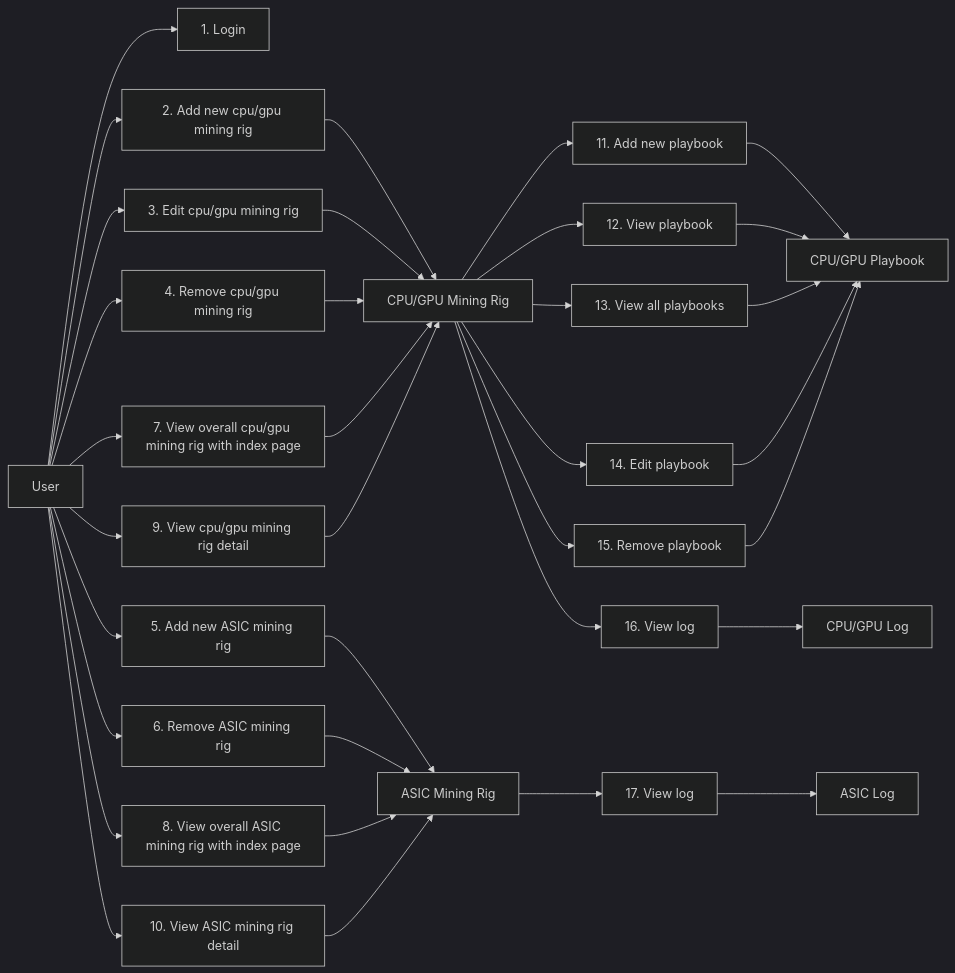
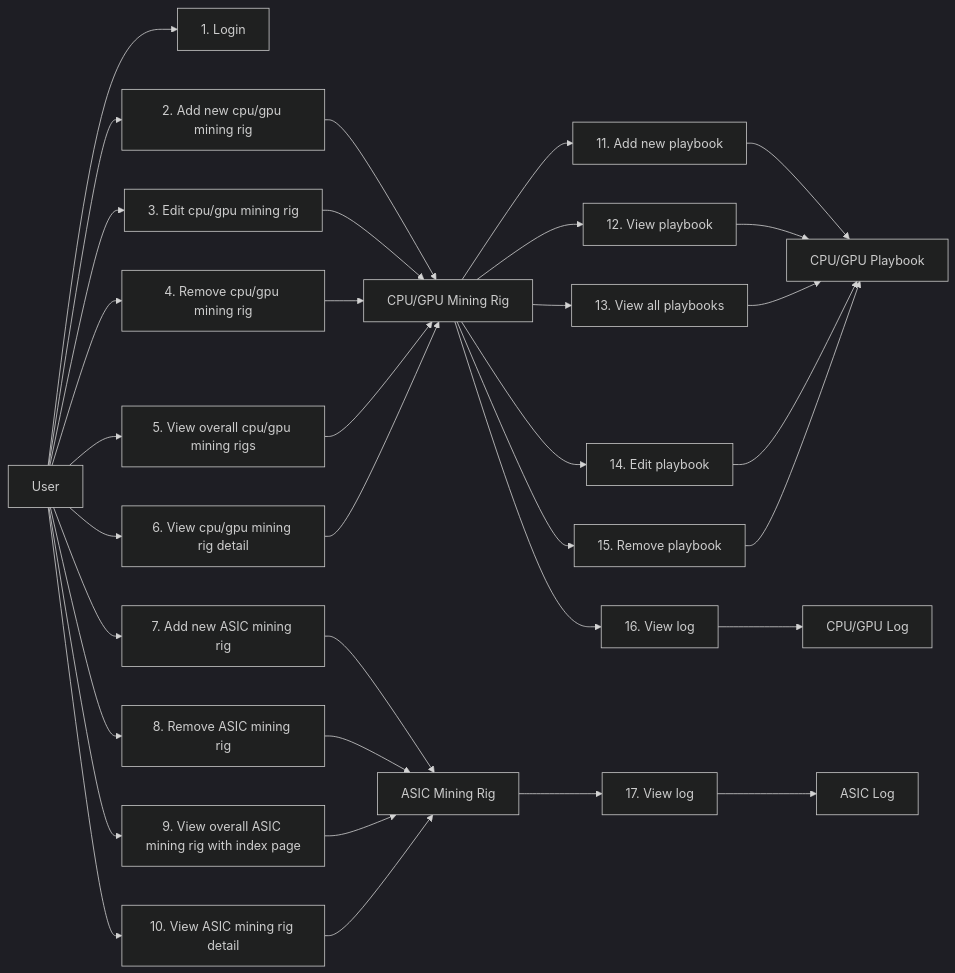
Before and after one commit to nguyenvinhlinh/Mining-Rig-Monitor-Document: the second of 18 diagrams in docs/index.md, drawn with Mermaid (dark theme). The commit also changed other lines of this file, not shown here.

````diff
--- a/docs/index.md
+++ b/docs/index.md
@@ -65,60 +65,62 @@
 ```mermaid
 flowchart LR
     User
     cpu-gpu-mining-rig[CPU/GPU Mining Rig]
     asic-mining-rig[ASIC Mining Rig]
     cpu-gpu-playbook[CPU/GPU Playbook]
     cpu-gpu-log[CPU/GPU Log]
     asic-log[ASIC Log]
 
     User --> f1[1. Login]
 
     User --> f2[2. Add new cpu/gpu mining rig]
     f2 --> cpu-gpu-mining-rig
 
     User --> f3[3. Edit cpu/gpu mining rig]
     f3 --> cpu-gpu-mining-rig
 
     User --> f4[4. Remove cpu/gpu mining rig]
     f4 --> cpu-gpu-mining-rig
 
-    User --> f5[5. Add new ASIC mining rig]
-    f5 --> asic-mining-rig
+    User --> f5[5. View overall cpu/gpu mining rigs]
+    f5 --> cpu-gpu-mining-rig
 
-    User --> f6[6. Remove ASIC mining rig]
-    f6 --> asic-mining-rig
+    User --> f6[6. View cpu/gpu mining rig detail]
+    f6 --> cpu-gpu-mining-rig
 
-    User --> f7[7. View overall cpu/gpu mining rig with index page]
-    f7 --> cpu-gpu-mining-rig
 
-    User --> f8[8. View overall ASIC mining rig with index page]
+    User --> f5x[7. Add new ASIC mining rig]
+    f5x --> asic-mining-rig
+
+    User --> f6x[8. Remove ASIC mining rig]
+    f6x --> asic-mining-rig
+
+    User --> f8[9. View overall ASIC mining rig with index page]
     f8 --> asic-mining-rig
 
-    User --> f9[9. View cpu/gpu mining rig detail]
-    f9 --> cpu-gpu-mining-rig
 
     User --> f10[10. View ASIC mining rig detail]
     f10 --> asic-mining-rig
 
 
     cpu-gpu-mining-rig --> f11[11. Add new playbook]
     f11 --> cpu-gpu-playbook
 
     cpu-gpu-mining-rig --> f12[12. View  playbook]
     f12 --> cpu-gpu-playbook
 
     cpu-gpu-mining-rig --> f13[13. View  all playbooks]
     f13 --> cpu-gpu-playbook
 
     cpu-gpu-mining-rig --> f14[14. Edit playbook]
     f14 --> cpu-gpu-playbook
 
     cpu-gpu-mining-rig --> f15[15. Remove playbook]
     f15 --> cpu-gpu-playbook
 
     cpu-gpu-mining-rig --> f16[16. View log]
     f16 --> cpu-gpu-log
 
     asic-mining-rig --> f17[17. View log]
     f17 --> asic-log
 ```
````
